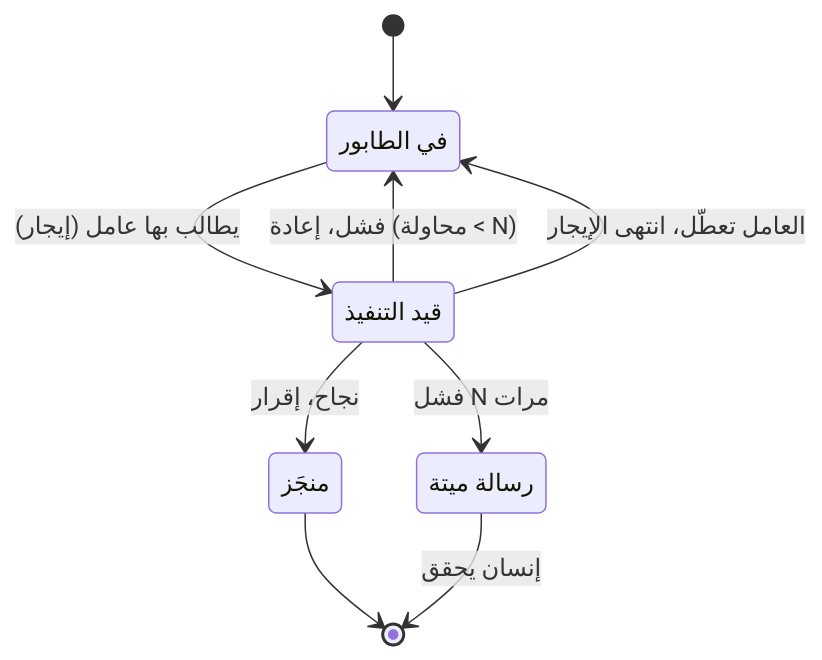
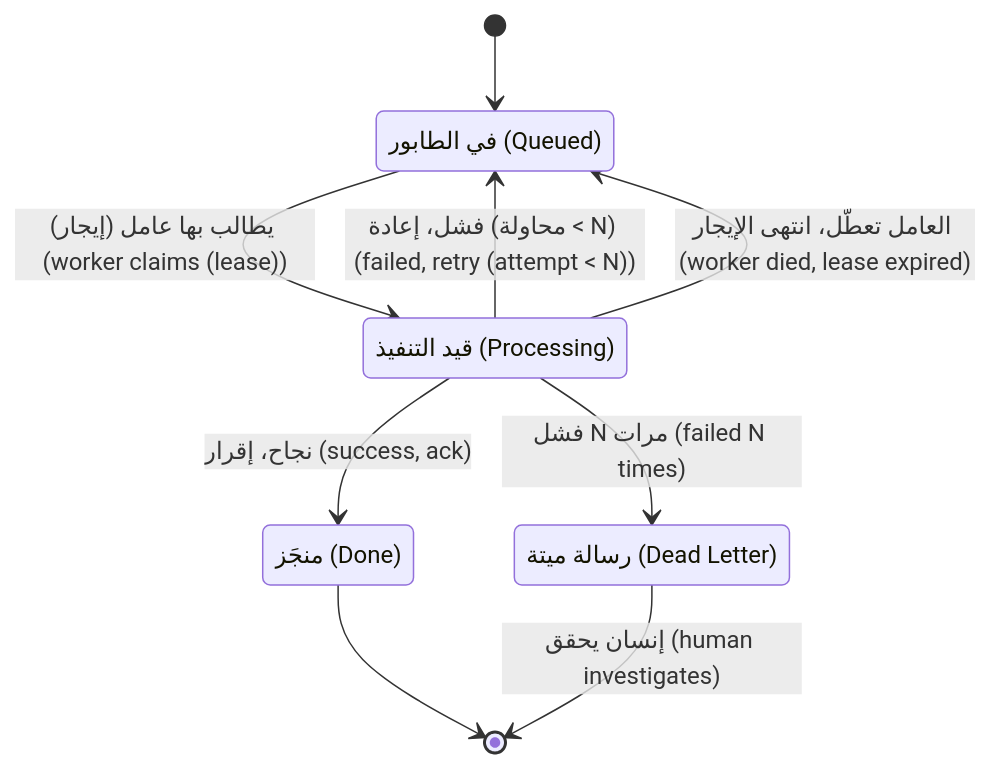
Before and after one commit to Tamoura/system-design-for-vibe-coders: the third of 7 diagrams in modules/10-scaling/module.ar.md, drawn with Mermaid. The commit also changed other lines of this file and 62 other files, not shown here.

First line of the commit message:
Arabic editions: English on every diagram label, RTL fixes, rebuild

````diff
--- a/modules/10-scaling/module.ar.md
+++ b/modules/10-scaling/module.ar.md
@@ -202,15 +202,15 @@
 ```mermaid
 stateDiagram-v2
-    state "في الطابور" as Q
-    state "قيد التنفيذ" as P
-    state "منجَز" as D
-    state "رسالة ميتة" as DL
+    state "في الطابور (Queued)" as Q
+    state "قيد التنفيذ (Processing)" as P
+    state "منجَز (Done)" as D
+    state "رسالة ميتة (Dead Letter)" as DL
     [*] --> Q
-    Q --> P: يطالب بها عامل (إيجار)
-    P --> D: نجاح، إقرار
-    P --> Q: فشل، إعادة (محاولة < N)
-    P --> DL: فشل N مرات
-    P --> Q: العامل تعطّل، انتهى الإيجار
+    Q --> P: يطالب بها عامل (إيجار) (worker claims (lease))
+    P --> D: نجاح، إقرار (success, ack)
+    P --> Q: فشل، إعادة (محاولة < N) (failed, retry (attempt < N))
+    P --> DL: فشل N مرات (failed N times)
+    P --> Q: العامل تعطّل، انتهى الإيجار (worker died, lease expired)
     D --> [*]
-    DL --> [*]: إنسان يحقق
+    DL --> [*]: إنسان يحقق (human investigates)
 ```
````
